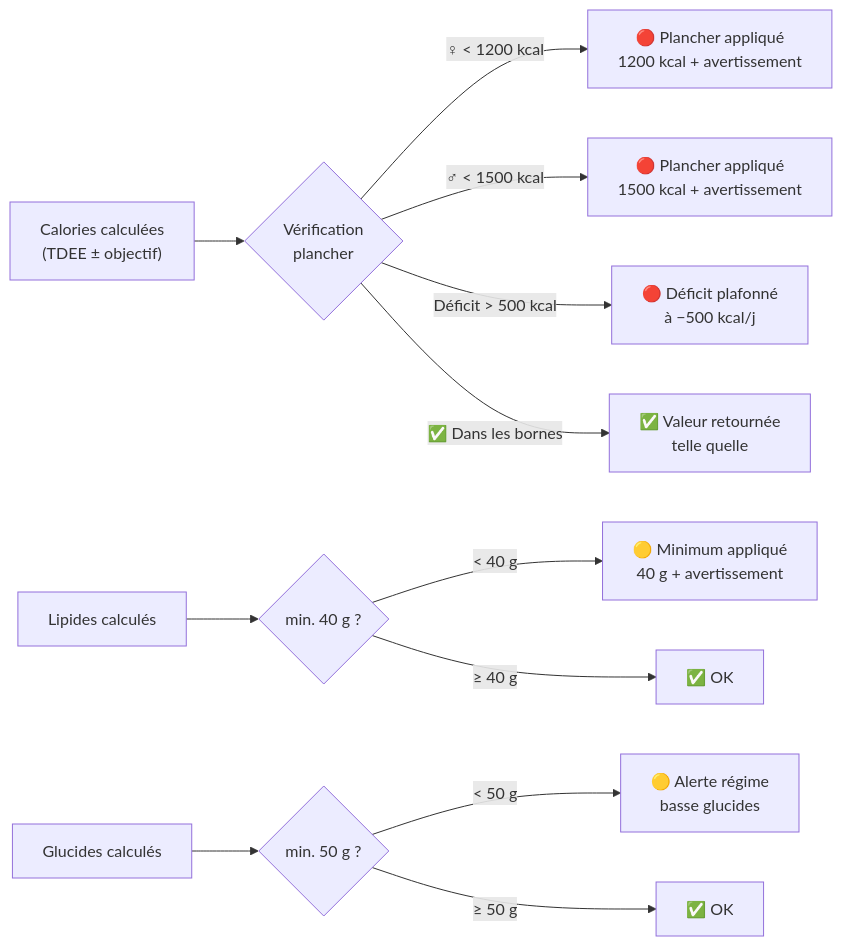
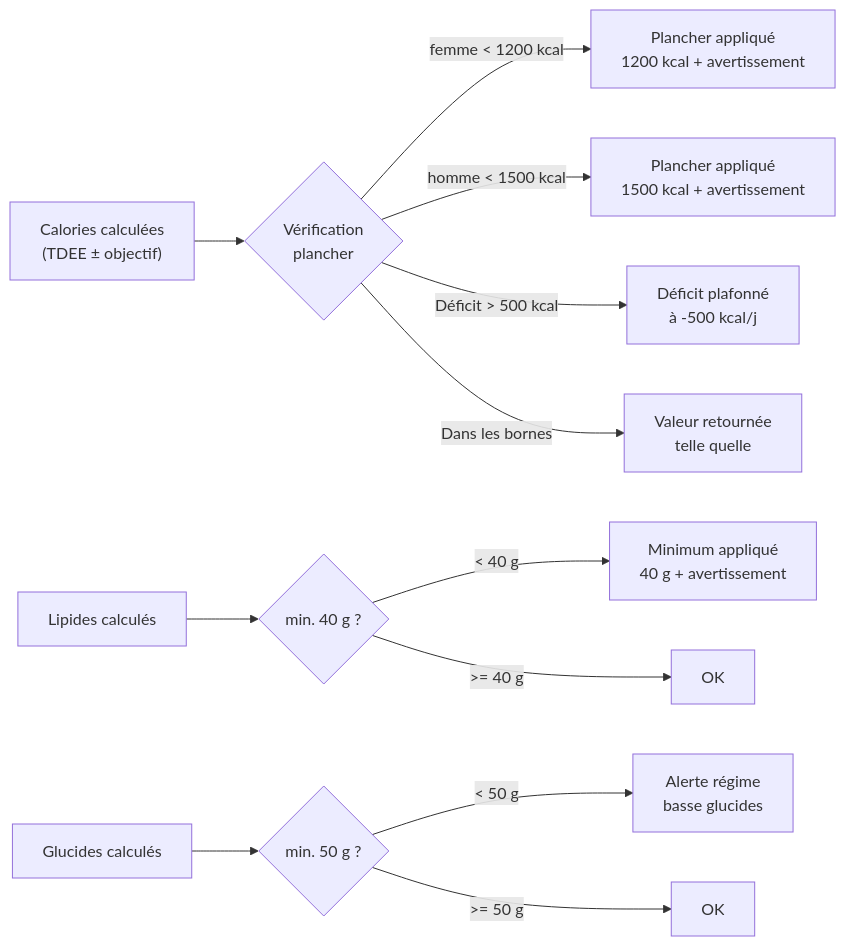
The second of 4 diagrams in README.md (Anasoufkir/Syst-me-de-Nutrition-Intelligente), drawn with Mermaid before and after one commit. The commit also changed other lines of this file, not shown here.

````diff
--- a/README.md
+++ b/README.md
@@ -260,17 +263,17 @@
 ```mermaid
 graph LR
     A["Calories calculées\n(TDEE ± objectif)"] --> B{Vérification\nplancher}
 
-    B -- "♀ < 1200 kcal" --> C["🔴 Plancher appliqué\n1200 kcal + avertissement"]
-    B -- "♂ < 1500 kcal" --> D["🔴 Plancher appliqué\n1500 kcal + avertissement"]
-    B -- "Déficit > 500 kcal" --> E["🔴 Déficit plafonné\nà −500 kcal/j"]
-    B -- "✅ Dans les bornes" --> F["✅ Valeur retournée\ntelle quelle"]
+    B -- "femme < 1200 kcal" --> C["Plancher appliqué\n1200 kcal + avertissement"]
+    B -- "homme < 1500 kcal" --> D["Plancher appliqué\n1500 kcal + avertissement"]
+    B -- "Déficit > 500 kcal" --> E["Déficit plafonné\nà -500 kcal/j"]
+    B -- "Dans les bornes" --> F["Valeur retournée\ntelle quelle"]
 
     G["Lipides calculés"] --> H{min. 40 g ?}
-    H -- "< 40 g" --> I["🟡 Minimum appliqué\n40 g + avertissement"]
-    H -- "≥ 40 g" --> J["✅ OK"]
+    H -- "< 40 g" --> I["Minimum appliqué\n40 g + avertissement"]
+    H -- ">= 40 g" --> J["OK"]
 
     K["Glucides calculés"] --> L{min. 50 g ?}
-    L -- "< 50 g" --> M["🟡 Alerte régime\nbasse glucides"]
-    L -- "≥ 50 g" --> N["✅ OK"]
+    L -- "< 50 g" --> M["Alerte régime\nbasse glucides"]
+    L -- ">= 50 g" --> N["OK"]
 ```
````
